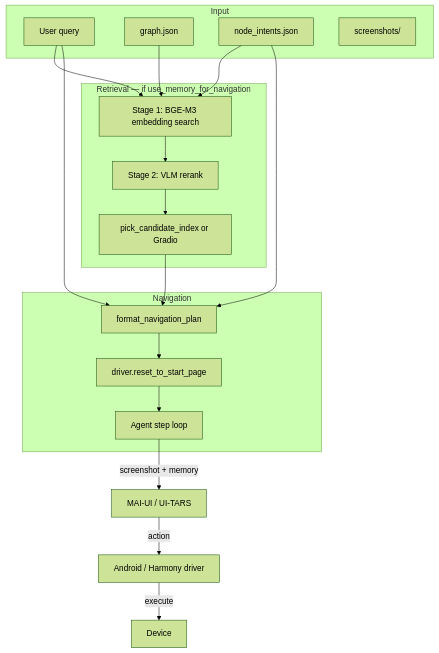
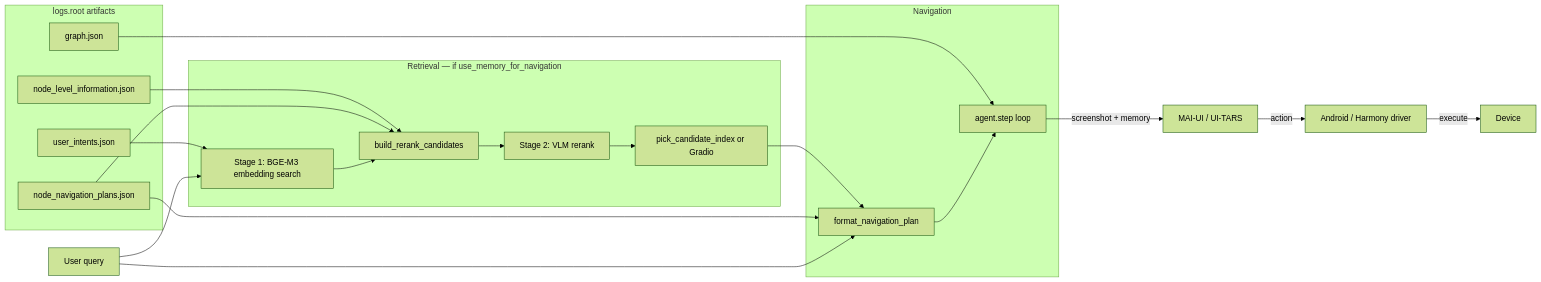
One commit to smehdia/AgentNavigator changed the second of 2 diagrams in inference/README.md. Above: the diagram before and after it, drawn with Mermaid (forest theme). The commit also changed other lines of this file and 9 other files, not shown here.

````diff
--- a/inference/README.md
+++ b/inference/README.md
@@ -505,33 +506,33 @@
 ```mermaid
-flowchart TB
-    subgraph input [Input]
-        Q[User query]
+flowchart LR
+    Q[User query]
+    subgraph artifacts [logs.root artifacts]
+        UI[user_intents.json]
+        NL[node_level_information.json]
+        NP[node_navigation_plans.json]
         G[graph.json]
-        NI[node_intents.json]
-        SS[screenshots/]
     end
-
     subgraph retrieval [Retrieval — if use_memory_for_navigation]
         S1[Stage 1: BGE-M3 embedding search]
+        BR[build_rerank_candidates]
         S2[Stage 2: VLM rerank]
         PICK[pick_candidate_index or Gradio]
-        S1 --> S2 --> PICK
     end
-
     subgraph nav [Navigation]
         FM[format_navigation_plan]
-        RST[driver.reset_to_start_page]
-        LOOP[Agent step loop]
-        FM --> RST --> LOOP
+        LOOP[agent.step loop]
     end
-
+    UI --> S1
+    NL --> BR
+    NP --> BR
+    G --> LOOP
     Q --> S1
-    G --> S1
-    NI --> S1
-    NI --> FM
+    S1 --> BR --> S2 --> PICK
     PICK --> FM
+    NP --> FM
     Q --> FM
+    FM --> LOOP
     LOOP -->|screenshot + memory| AGENT[MAI-UI / UI-TARS]
     AGENT -->|action| DRV[Android / Harmony driver]
     DRV -->|execute| DEV[Device]
 ```
````
